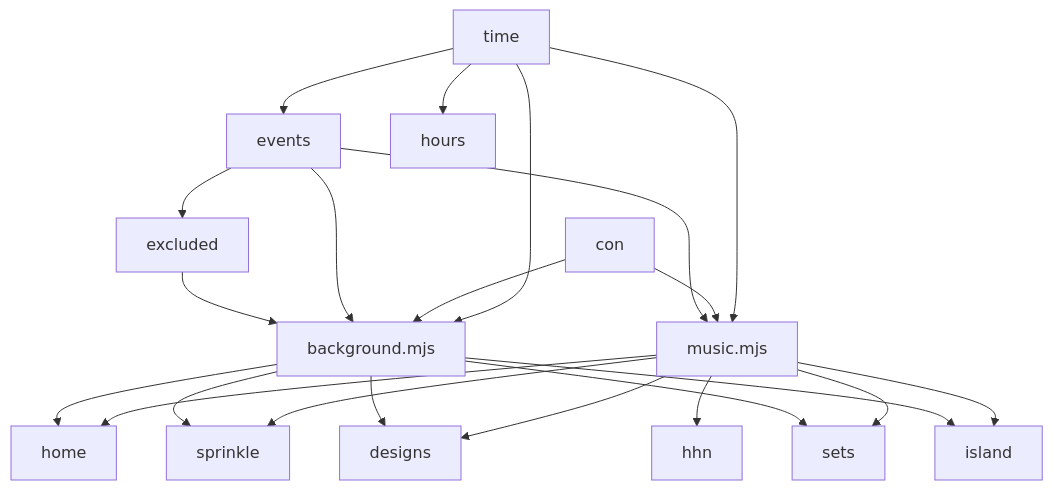
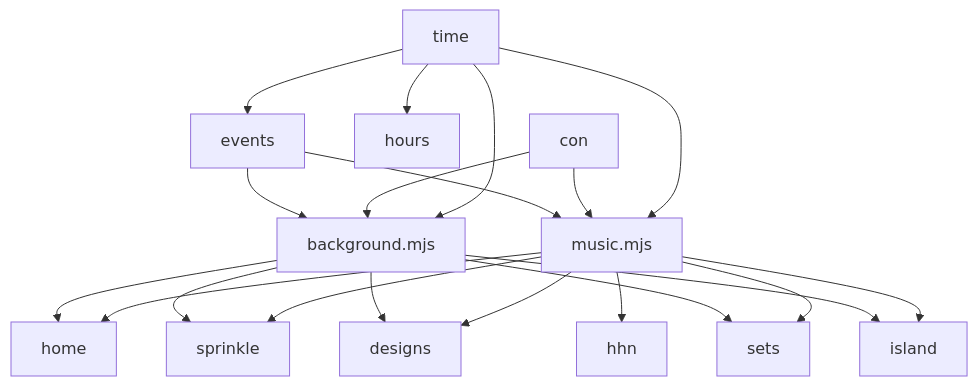
Before and after one commit to Reper2/acnh: the first of 2 diagrams in README.md, drawn with Mermaid. The commit also changed other lines of this file and 73 other files, not shown here.

````diff
--- a/README.md
+++ b/README.md
@@ -51,29 +50,26 @@
 ```mermaid
 graph TD;
     time-->events;
     time-->hours;
     time-->music.mjs;
     time-->background.mjs;
 
     con-->music.mjs;
     con-->background.mjs;
 
     events-->music.mjs;
     events-->background.mjs;
-    events-->excluded;
-
-    excluded-->background.mjs;
 
     music.mjs-->home
     music.mjs-->sprinkle
     music.mjs-->designs
     music.mjs-->sets
     music.mjs-->island
     music.mjs-->hhn
 
     background.mjs-->home
     background.mjs-->sprinkle
     background.mjs-->designs
     background.mjs-->sets
     background.mjs-->island
 ```
````
